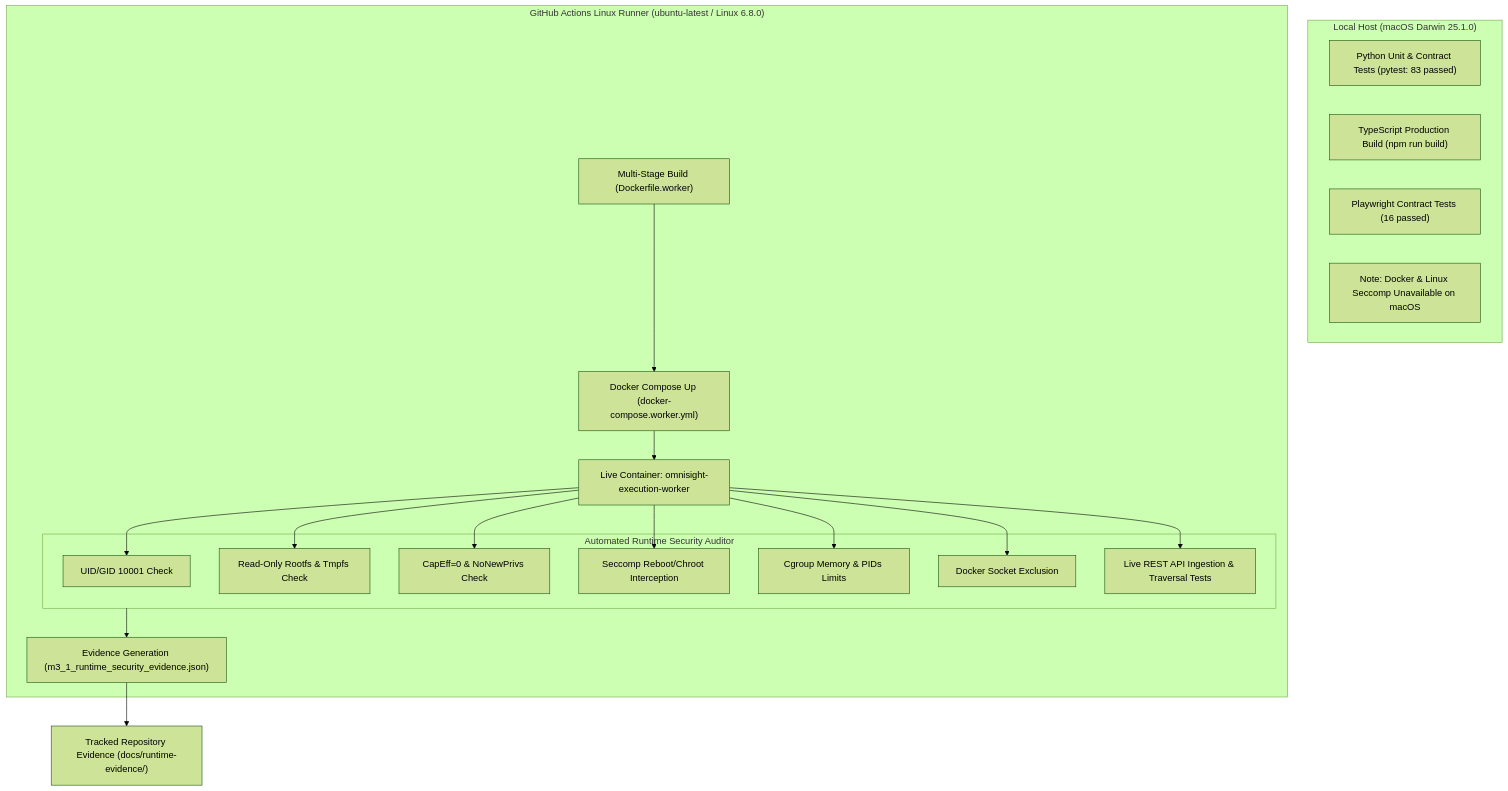
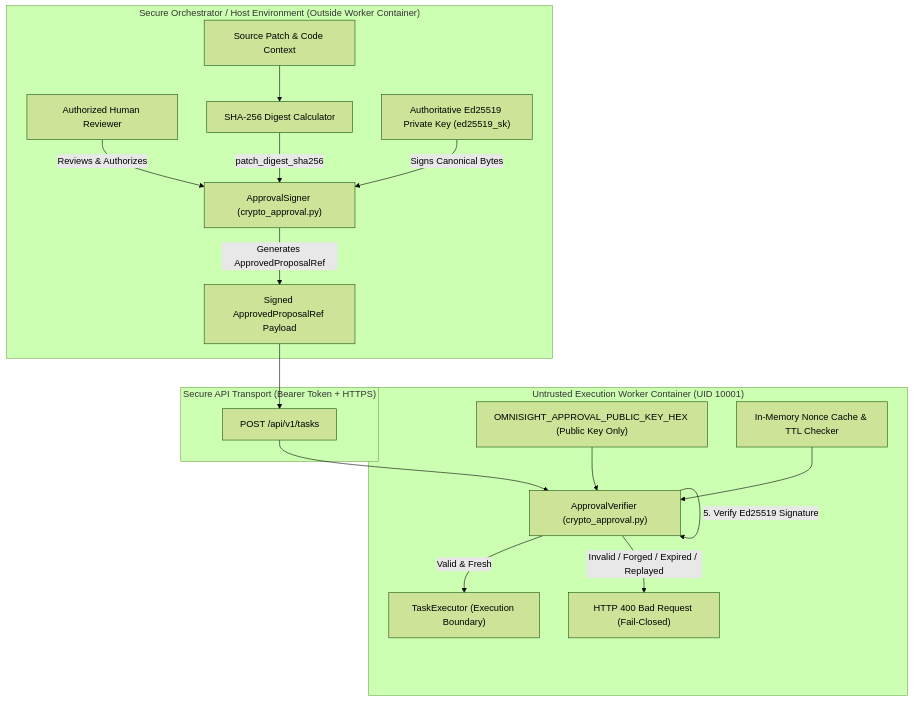
Before and after one commit to Veggies02/OmniSight: the first of 2 diagrams in docs/M3_1_CONTAINER_RUNTIME_SECURITY_VALIDATION.md, drawn with Mermaid (forest theme). The commit also changed other lines of this file, not shown here.

Commit message:
docs(security): update M3.1 validation report with Priority 1-3 findings and 16/16 runtime checks

````diff
--- a/docs/M3_1_CONTAINER_RUNTIME_SECURITY_VALIDATION.md
+++ b/docs/M3_1_CONTAINER_RUNTIME_SECURITY_VALIDATION.md
@@ -46,38 +53,37 @@
 ```mermaid
 flowchart TD
-    subgraph DevMachine["Local Host (macOS Darwin 25.1.0)"]
-        UnitTests["Python Unit & Contract Tests (pytest: 83 passed)"]
-        TypeChecks["TypeScript Production Build (npm run build)"]
-        PlaywrightClient["Playwright Contract Tests (16 passed)"]
-        LocalLimitation["Note: Docker & Linux Seccomp Unavailable on macOS"]
+    subgraph TrustedHost["Secure Orchestrator / Host Environment (Outside Worker Container)"]
+        Reviewer["Authorized Human Reviewer"]
+        PatchContent["Source Patch & Code Context"]
+        PatchHasher["SHA-256 Digest Calculator"]
+        PrivateKey["Authoritative Ed25519 Private Key (ed25519_sk)"]
+        Signer["ApprovalSigner (crypto_approval.py)"]
+
+        Reviewer -->|Reviews & Authorizes| Signer
+        PatchContent --> PatchHasher -->|patch_digest_sha256| Signer
+        PrivateKey -->|Signs Canonical Bytes| Signer
+        Signer -->|Generates ApprovedProposalRef| Payload["Signed ApprovedProposalRef Payload"]
     end
 
-    subgraph CIEnvironment["GitHub Actions Linux Runner (ubuntu-latest / Linux 6.8.0)"]
-        DockerBuild["Multi-Stage Build (Dockerfile.worker)"]
-        ComposeUp["Docker Compose Up (docker-compose.worker.yml)"]
-        LiveContainer["Live Container: omnisight-execution-worker"]
-
-        subgraph RuntimeAudits["Automated Runtime Security Auditor"]
-            AudId["UID/GID 10001 Check"]
-            AudRO["Read-Only Rootfs & Tmpfs Check"]
-            AudCaps["CapEff=0 & NoNewPrivs Check"]
-            AudSys["Seccomp Reboot/Chroot Interception"]
-            AudLim["Cgroup Memory & PIDs Limits"]
-            AudSock["Docker Socket Exclusion"]
-            AudAPI["Live REST API Ingestion & Traversal Tests"]
-        end
-
-        DockerBuild --> ComposeUp --> LiveContainer
-        LiveContainer --> AudId
-        LiveContainer --> AudRO
-        LiveContainer --> AudCaps
-        LiveContainer --> AudSys
-        LiveContainer --> AudLim
-        LiveContainer --> AudSock
-        LiveContainer --> AudAPI
-
-        RuntimeAudits --> EvidDump["Evidence Generation (m3_1_runtime_security_evidence.json)"]
+    subgraph Transport["Secure API Transport (Bearer Token + HTTPS)"]
+        Payload --> WorkerAPI["POST /api/v1/tasks"]
     end
 
-    EvidDump --> GitCommit["Tracked Repository Evidence (docs/runtime-evidence/)"]
+    subgraph WorkerContainer["Untrusted Execution Worker Container (UID 10001)"]
+        WorkerAPI --> Verifier["ApprovalVerifier (crypto_approval.py)"]
+        PublicKey["OMNISIGHT_APPROVAL_PUBLIC_KEY_HEX (Public Key Only)"]
+        ReplayCache["In-Memory Nonce Cache & TTL Checker"]
+        Executor["TaskExecutor (Execution Boundary)"]
+
+        PublicKey --> Verifier
+        ReplayCache --> Verifier
+        Verifier -->|1. Validate RFC 3339 Timestamps| Verifier
+        Verifier -->|2. Assert Current Time < expires_at| Verifier
+        Verifier -->|3. Check Anti-Replay Nonce Uniqueness| Verifier
+        Verifier -->|4. Re-calculate SHA-256 Patch Digest| Verifier
+        Verifier -->|5. Verify Ed25519 Signature| Verifier
+
+        Verifier -->|Valid & Fresh| Executor
+        Verifier -->|Invalid / Forged / Expired / Replayed| Reject["HTTP 400 Bad Request (Fail-Closed)"]
+    end
 ```
````
